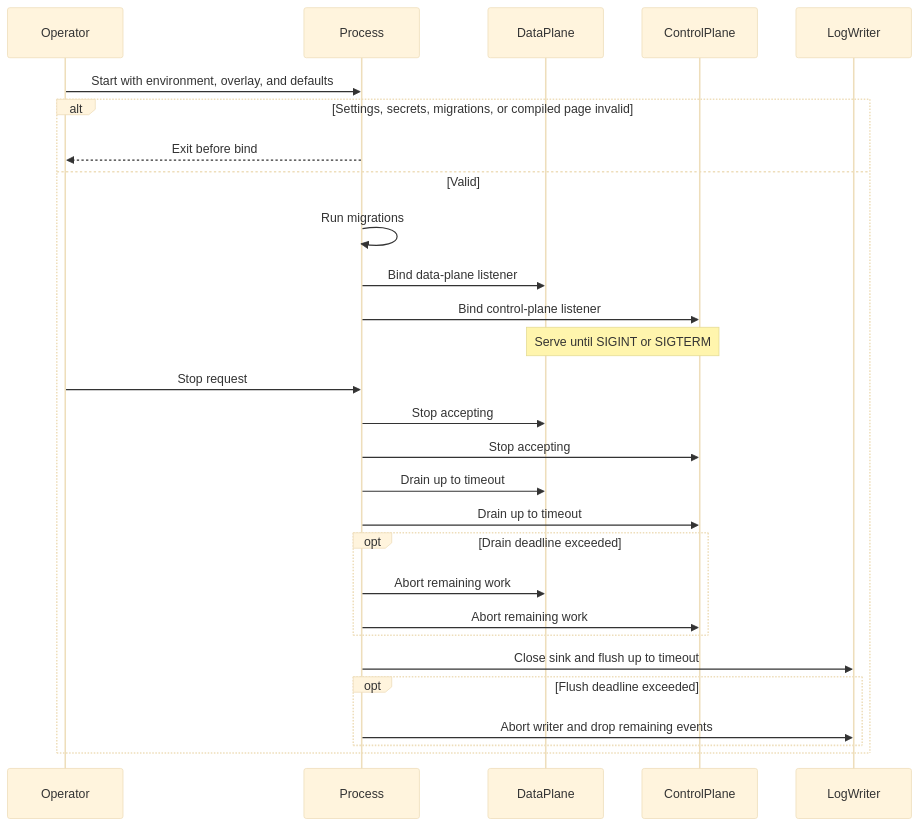
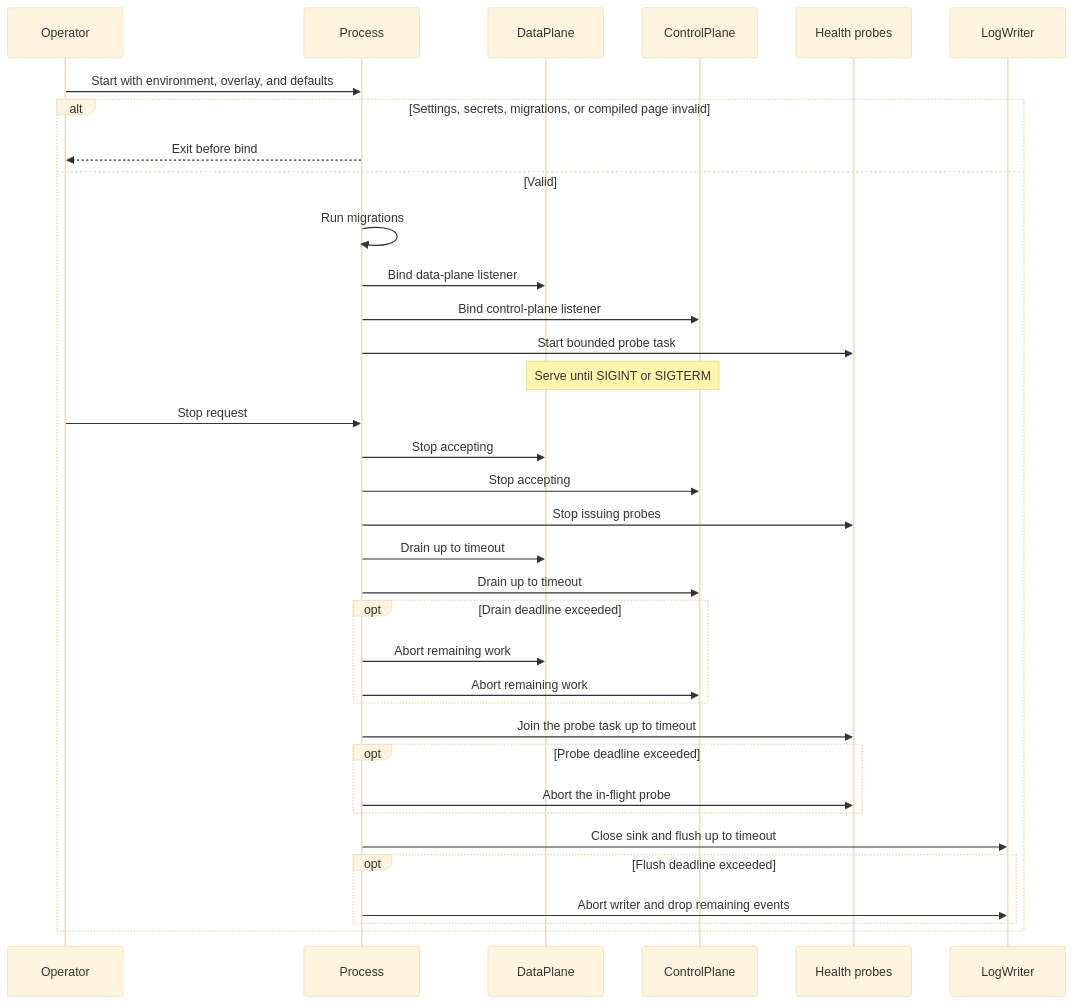
One commit to sequencestream/tokenstream changed the diagram in doc/modules/process.md. Above: the diagram before and after it, drawn with Mermaid (base theme). The commit also changed other lines of this file and 36 other files, not shown here.

````diff
--- a/doc/modules/process.md
+++ b/doc/modules/process.md
@@ -19,31 +19,38 @@
 ```mermaid
 sequenceDiagram
     participant Op as Operator
     participant P as Process
     participant D as DataPlane
     participant C as ControlPlane
+    participant H as Health probes
     participant L as LogWriter
 
     Op->>P: Start with environment, overlay, and defaults
     alt Settings, secrets, migrations, or compiled page invalid
         P-->>Op: Exit before bind
     else Valid
         P->>P: Run migrations
         P->>D: Bind data-plane listener
         P->>C: Bind control-plane listener
+        P->>H: Start bounded probe task
         Note over D,C: Serve until SIGINT or SIGTERM
         Op->>P: Stop request
         P->>D: Stop accepting
         P->>C: Stop accepting
+        P->>H: Stop issuing probes
         P->>D: Drain up to timeout
         P->>C: Drain up to timeout
         opt Drain deadline exceeded
             P->>D: Abort remaining work
             P->>C: Abort remaining work
+        end
+        P->>H: Join the probe task up to timeout
+        opt Probe deadline exceeded
+            P->>H: Abort the in-flight probe
         end
         P->>L: Close sink and flush up to timeout
         opt Flush deadline exceeded
             P->>L: Abort writer and drop remaining events
         end
     end
 ```
````
